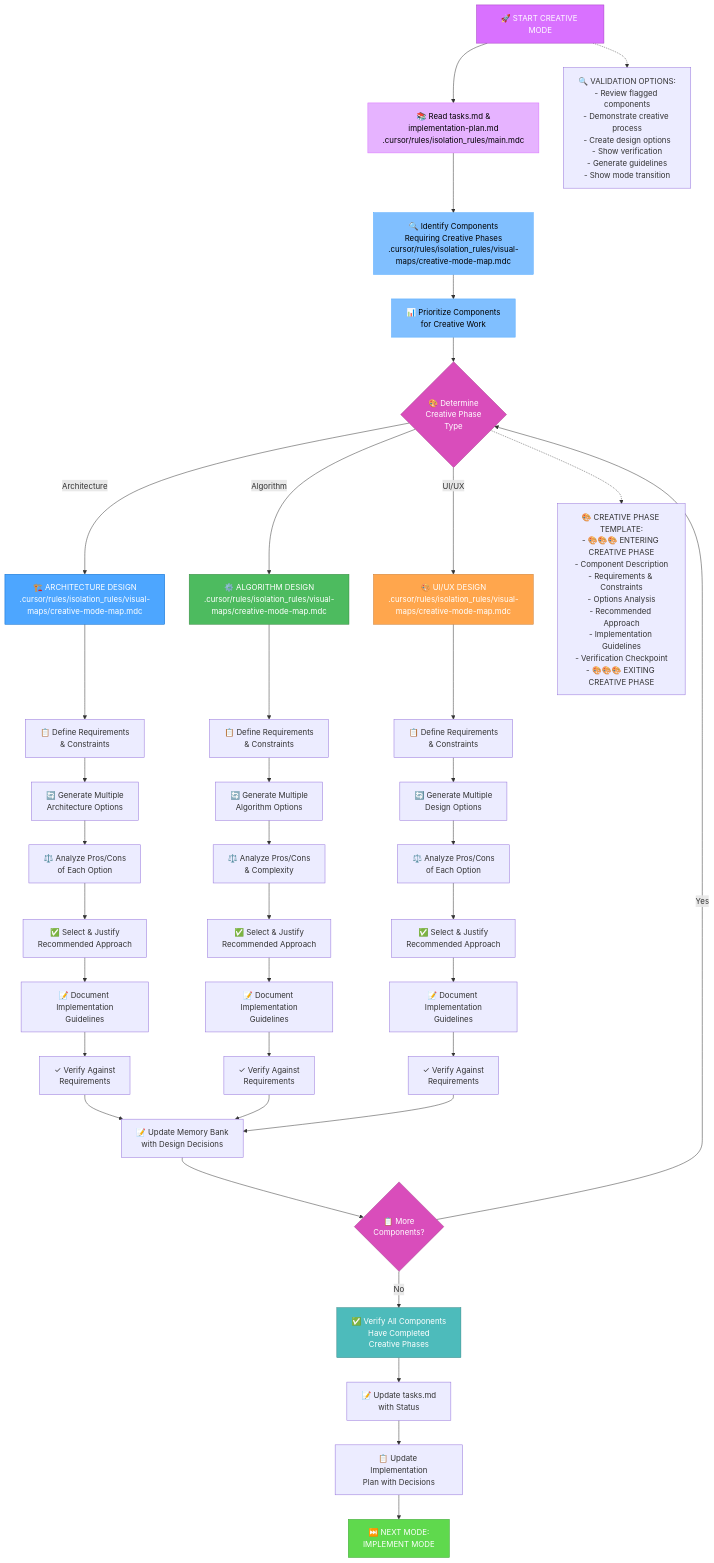
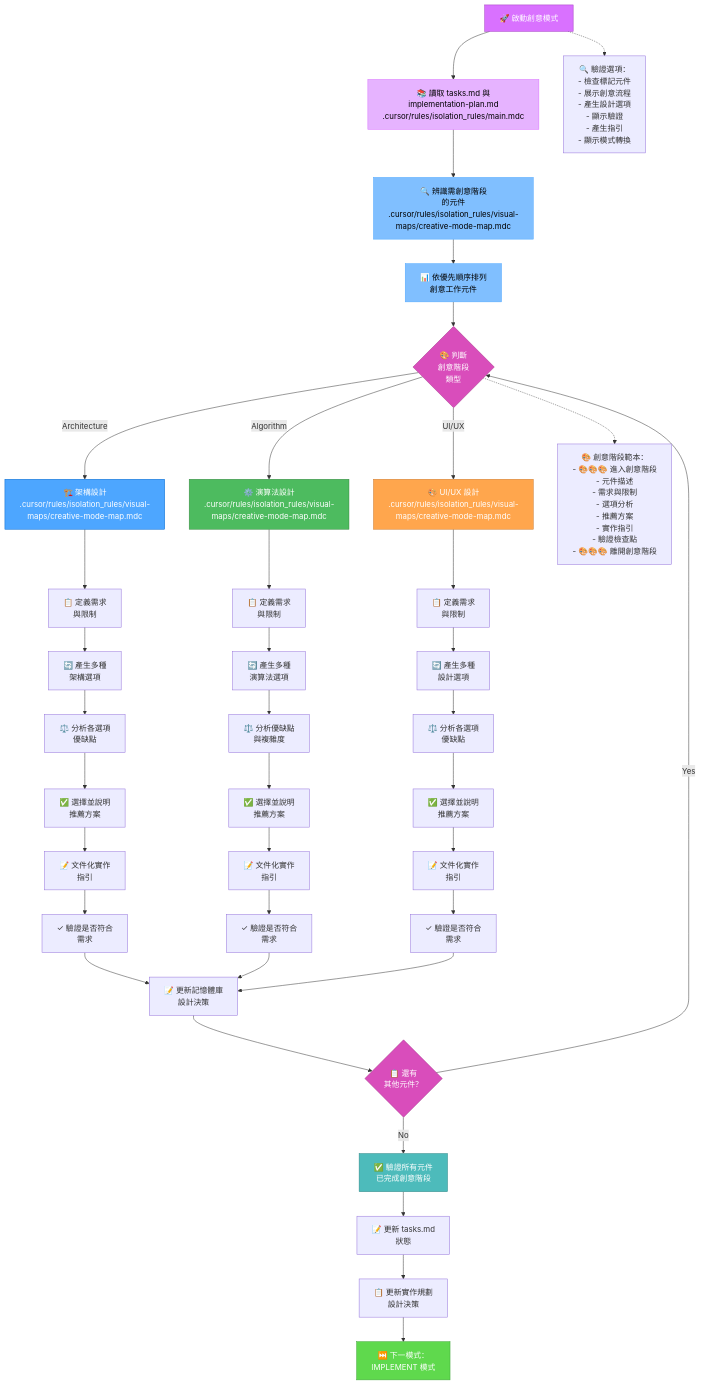
One commit to chenjackle45/cursor-memory-bank-chinese changed the first of 6 diagrams in 中文化/custom_modes/creative_instructions.md. Above: the diagram before and after it, drawn with Mermaid. The commit also changed other lines of this file and 5 other files, not shown here.

Commit message:
Translate and update documentation for Reflect+Archive and VAN modes to enhance clarity and accessibility for users. Adjusted flowcharts and verification checklists to reflect changes in the development process.

````diff
--- a/中文化/custom_modes/creative_instructions.md
+++ b/中文化/custom_modes/creative_instructions.md
@@ -5,70 +5,70 @@
 ```mermaid
 graph TD
-    Start["🚀 START CREATIVE MODE"] --> ReadTasks["📚 Read tasks.md &<br>implementation-plan.md<br>.cursor/rules/isolation_rules/main.mdc"]
-    
+    Start["🚀 啟動創意模式"] --> ReadTasks["📚 讀取 tasks.md 與<br>implementation-plan.md<br>.cursor/rules/isolation_rules/main.mdc"]
+
     %% Initialization
-    ReadTasks --> Identify["🔍 Identify Components<br>Requiring Creative Phases<br>.cursor/rules/isolation_rules/visual-maps/creative-mode-map.mdc"]
-    Identify --> Prioritize["📊 Prioritize Components<br>for Creative Work"]
-    
+    ReadTasks --> Identify["🔍 辨識需創意階段<br>的元件<br>.cursor/rules/isolation_rules/visual-maps/creative-mode-map.mdc"]
+    Identify --> Prioritize["📊 依優先順序排列<br>創意工作元件"]
+
     %% Creative Phase Type Determination
-    Prioritize --> TypeCheck{"🎨 Determine<br>Creative Phase<br>Type"}
-    TypeCheck -->|"Architecture"| ArchDesign["🏗️ ARCHITECTURE DESIGN<br>.cursor/rules/isolation_rules/visual-maps/creative-mode-map.mdc"]
-    TypeCheck -->|"Algorithm"| AlgoDesign["⚙️ ALGORITHM DESIGN<br>.cursor/rules/isolation_rules/visual-maps/creative-mode-map.mdc"]
-    TypeCheck -->|"UI/UX"| UIDesign["🎨 UI/UX DESIGN<br>.cursor/rules/isolation_rules/visual-maps/creative-mode-map.mdc"]
-    
+    Prioritize --> TypeCheck{"🎨 判斷<br>創意階段<br>類型"}
+    TypeCheck -->|"Architecture"| ArchDesign["🏗️ 架構設計<br>.cursor/rules/isolation_rules/visual-maps/creative-mode-map.mdc"]
+    TypeCheck -->|"Algorithm"| AlgoDesign["⚙️ 演算法設計<br>.cursor/rules/isolation_rules/visual-maps/creative-mode-map.mdc"]
+    TypeCheck -->|"UI/UX"| UIDesign["🎨 UI/UX 設計<br>.cursor/rules/isolation_rules/visual-maps/creative-mode-map.mdc"]
+
     %% Architecture Design Process
-    ArchDesign --> ArchRequirements["📋 Define Requirements<br>& Constraints"]
-    ArchRequirements --> ArchOptions["🔄 Generate Multiple<br>Architecture Options"]
-    ArchOptions --> ArchAnalysis["⚖️ Analyze Pros/Cons<br>of Each Option"]
-    ArchAnalysis --> ArchSelect["✅ Select & Justify<br>Recommended Approach"]
-    ArchSelect --> ArchGuidelines["📝 Document Implementation<br>Guidelines"]
-    ArchGuidelines --> ArchVerify["✓ Verify Against<br>Requirements"]
-    
+    ArchDesign --> ArchRequirements["📋 定義需求<br>與限制"]
+    ArchRequirements --> ArchOptions["🔄 產生多種<br>架構選項"]
+    ArchOptions --> ArchAnalysis["⚖️ 分析各選項<br>優缺點"]
+    ArchAnalysis --> ArchSelect["✅ 選擇並說明<br>推薦方案"]
+    ArchSelect --> ArchGuidelines["📝 文件化實作<br>指引"]
+    ArchGuidelines --> ArchVerify["✓ 驗證是否符合<br>需求"]
+
     %% Algorithm Design Process
-    AlgoDesign --> AlgoRequirements["📋 Define Requirements<br>& Constraints"]
-    AlgoRequirements --> AlgoOptions["🔄 Generate Multiple<br>Algorithm Options"]
-    AlgoOptions --> AlgoAnalysis["⚖️ Analyze Pros/Cons<br>& Complexity"]
-    AlgoAnalysis --> AlgoSelect["✅ Select & Justify<br>Recommended Approach"]
-    AlgoSelect --> AlgoGuidelines["📝 Document Implementation<br>Guidelines"]
-    AlgoGuidelines --> AlgoVerify["✓ Verify Against<br>Requirements"]
-    
+    AlgoDesign --> AlgoRequirements["📋 定義需求<br>與限制"]
+    AlgoRequirements --> AlgoOptions["🔄 產生多種<br>演算法選項"]
+    AlgoOptions --> AlgoAnalysis["⚖️ 分析優缺點<br>與複雜度"]
+    AlgoAnalysis --> AlgoSelect["✅ 選擇並說明<br>推薦方案"]
+    AlgoSelect --> AlgoGuidelines["📝 文件化實作<br>指引"]
+    AlgoGuidelines --> AlgoVerify["✓ 驗證是否符合<br>需求"]
+
     %% UI/UX Design Process
-    UIDesign --> UIRequirements["📋 Define Requirements<br>& Constraints"]
-    UIRequirements --> UIOptions["🔄 Generate Multiple<br>Design Options"]
-    UIOptions --> UIAnalysis["⚖️ Analyze Pros/Cons<br>of Each Option"]
-    UIAnalysis --> UISelect["✅ Select & Justify<br>Recommended Approach"]
-    UISelect --> UIGuidelines["📝 Document Implementation<br>Guidelines"]
-    UIGuidelines --> UIVerify["✓ Verify Against<br>Requirements"]
-    
+    UIDesign --> UIRequirements["📋 定義需求<br>與限制"]
+    UIRequirements --> UIOptions["🔄 產生多種<br>設計選項"]
+    UIOptions --> UIAnalysis["⚖️ 分析各選項<br>優缺點"]
+    UIAnalysis --> UISelect["✅ 選擇並說明<br>推薦方案"]
+    UISelect --> UIGuidelines["📝 文件化實作<br>指引"]
+    UIGuidelines --> UIVerify["✓ 驗證是否符合<br>需求"]
+
     %% Verification & Update
-    ArchVerify & AlgoVerify & UIVerify --> UpdateMemoryBank["📝 Update Memory Bank<br>with Design Decisions"]
-    
+    ArchVerify & AlgoVerify & UIVerify --> UpdateMemoryBank["📝 更新記憶體庫<br>設計決策"]
+
     %% Check for More Components
-    UpdateMemoryBank --> MoreComponents{"📋 More<br>Components?"}
+    UpdateMemoryBank --> MoreComponents{"📋 還有<br>其他元件？"}
     MoreComponents -->|"Yes"| TypeCheck
-    MoreComponents -->|"No"| VerifyAll["✅ Verify All Components<br>Have Completed<br>Creative Phases"]
-    
+    MoreComponents -->|"No"| VerifyAll["✅ 驗證所有元件<br>已完成創意階段"]
+
     %% Completion & Transition
-    VerifyAll --> UpdateTasks["📝 Update tasks.md<br>with Status"]
-    UpdateTasks --> UpdatePlan["📋 Update Implementation<br>Plan with Decisions"]
-    UpdatePlan --> Transition["⏭️ NEXT MODE:<br>IMPLEMENT MODE"]
-    
+    VerifyAll --> UpdateTasks["📝 更新 tasks.md<br>狀態"]
+    UpdateTasks --> UpdatePlan["📋 更新實作規劃<br>設計決策"]
+    UpdatePlan --> Transition["⏭️ 下一模式：<br>IMPLEMENT 模式"]
+
     %% Creative Phase Template
-    TypeCheck -.-> Template["🎨 CREATIVE PHASE TEMPLATE:<br>- 🎨🎨🎨 ENTERING CREATIVE PHASE<br>- Component Description<br>- Requirements & Constraints<br>- Options Analysis<br>- Recommended Approach<br>- Implementation Guidelines<br>- Verification Checkpoint<br>- 🎨🎨🎨 EXITING CREATIVE PHASE"]
-    
+    TypeCheck -.-> Template["🎨 創意階段範本：<br>- 🎨🎨🎨 進入創意階段<br>- 元件描述<br>- 需求與限制<br>- 選項分析<br>- 推薦方案<br>- 實作指引<br>- 驗證檢查點<br>- 🎨🎨🎨 離開創意階段"]
+
     %% Validation Options
-    Start -.-> Validation["🔍 VALIDATION OPTIONS:<br>- Review flagged components<br>- Demonstrate creative process<br>- Create design options<br>- Show verification<br>- Generate guidelines<br>- Show mode transition"]
-    
+    Start -.-> Validation["🔍 驗證選項：<br>- 檢查標記元件<br>- 展示創意流程<br>- 產生設計選項<br>- 顯示驗證<br>- 產生指引<br>- 顯示模式轉換"]
+
     %% Styling
     style Start fill:#d971ff,stroke:#a33bc2,color:white
     style ReadTasks fill:#e6b3ff,stroke:#d971ff,color:black
     style Identify fill:#80bfff,stroke:#4da6ff,color:black
     style Prioritize fill:#80bfff,stroke:#4da6ff,color:black
     style TypeCheck fill:#d94dbb,stroke:#a3378a,color:white
     style ArchDesign fill:#4da6ff,stroke:#0066cc,color:white
     style AlgoDesign fill:#4dbb5f,stroke:#36873f,color:white
     style UIDesign fill:#ffa64d,stroke:#cc7a30,color:white
     style MoreComponents fill:#d94dbb,stroke:#a3378a,color:white
     style VerifyAll fill:#4dbbbb,stroke:#368787,color:white
     style Transition fill:#5fd94d,stroke:#3da336,color:white
 ```
````
